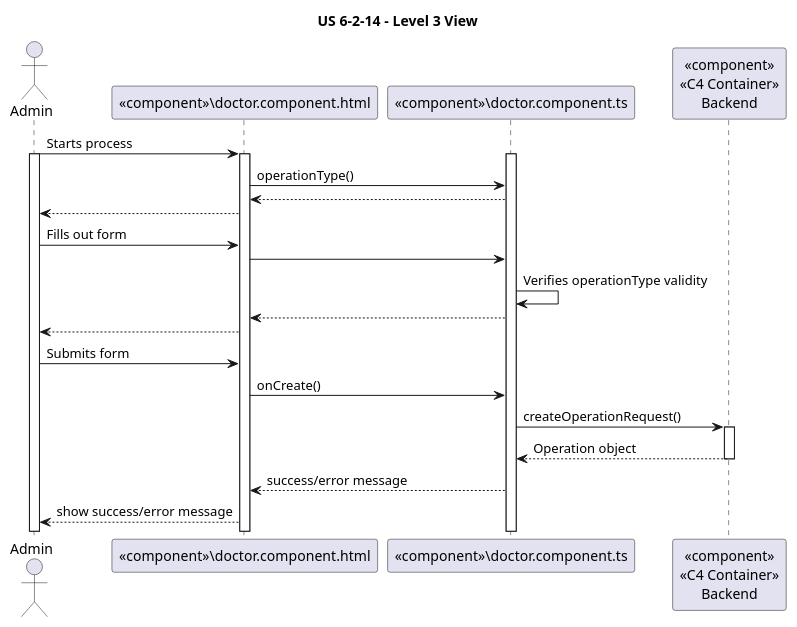
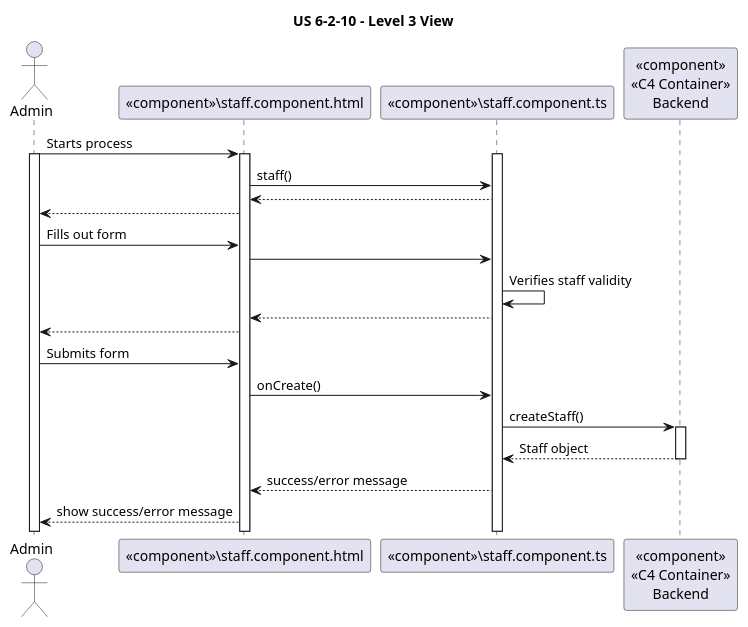
One commit to andredsferreira/p5sem-3dj-g59 changed the diagram in docs/user_stories/sprint-b/6-2-10/views/level-3/US6-2-10-level-3-view-frontend.puml. Above: the diagram before and after it, drawn with PlantUML. The commit also changed other lines of this file and 7 other files, not shown here.

```diff
--- a/docs/user_stories/sprint-b/6-2-10/views/level-3/US6-2-10-level-3-view-frontend.puml
+++ b/docs/user_stories/sprint-b/6-2-10/views/level-3/US6-2-10-level-3-view-frontend.puml
@@ -11,35 +11,35 @@
 @startuml
 
-title US 6-2-14 - Level 3 View
+title US 6-2-10 - Level 3 View
 
 actor Admin as U
-participant "«component»\doctor.component.html" as html
-participant "«component»\doctor.component.ts" as ts
+participant "«component»\staff.component.html" as html
+participant "«component»\staff.component.ts" as ts
 
 participant "«component»\n«C4 Container»\nBackend" as backend
 
 U -> html : Starts process
 activate U
 activate html
 activate ts
 
-html -> ts : operationType()
+html -> ts : staff()
 ts --> html
 html --> U
 
 U -> html : Fills out form
 html -> ts
-ts -> ts : Verifies operationType validity
+ts -> ts : Verifies staff validity
 ts --> html
 html --> U
 
 U -> html : Submits form
 html -> ts : onCreate()
-ts -> backend: createOperationRequest()
+ts -> backend: createStaff()
 activate backend
-backend --> ts : Operation object
+backend --> ts : Staff object
 deactivate backend
 ts --> html : success/error message
 html --> U : show success/error message
 
 @enduml
```
